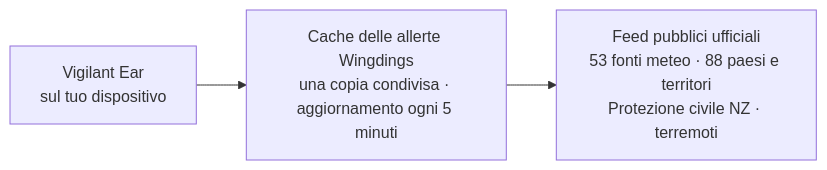
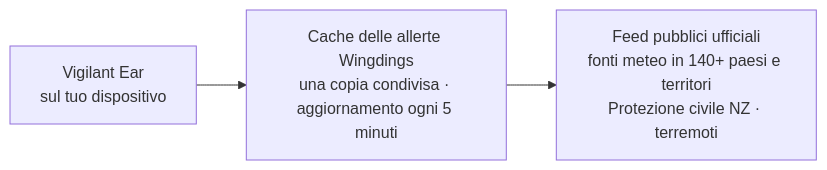
One commit to rpalm01-star/VigilantEarLegal changed the fourth of 4 diagrams in README_it.md. Above: the diagram before and after it, drawn with Mermaid. The commit also changed other lines of this file and 59 other files, not shown here.

````diff
--- a/README_it.md
+++ b/README_it.md
@@ -182,5 +182,5 @@
 ```mermaid
 graph LR
     P1["Vigilant Ear<br/>sul tuo dispositivo"] --> W["Cache delle allerte Wingdings<br/>una copia condivisa · aggiornamento ogni 5 minuti"]
-    W --> N["Feed pubblici ufficiali<br/>53 fonti meteo · 88 paesi e territori<br/>Protezione civile NZ · terremoti"]
+    W --> N["Feed pubblici ufficiali<br/>fonti meteo in 140+ paesi e territori<br/>Protezione civile NZ · terremoti"]
 ```
````
